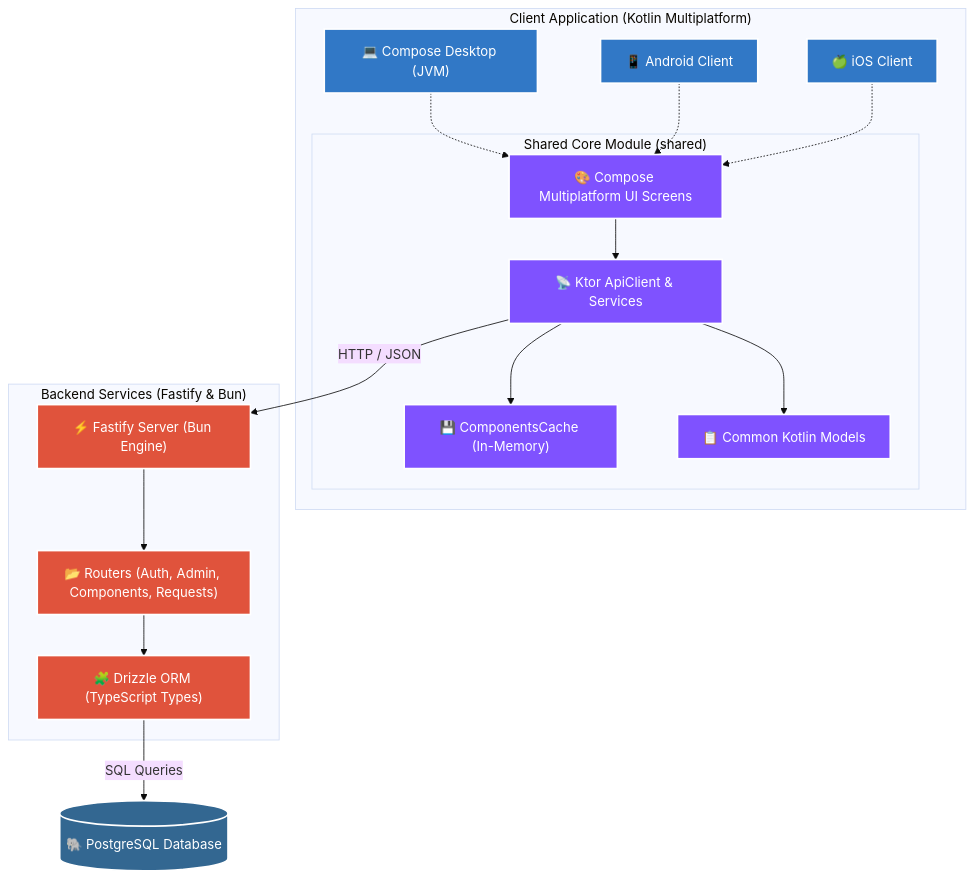
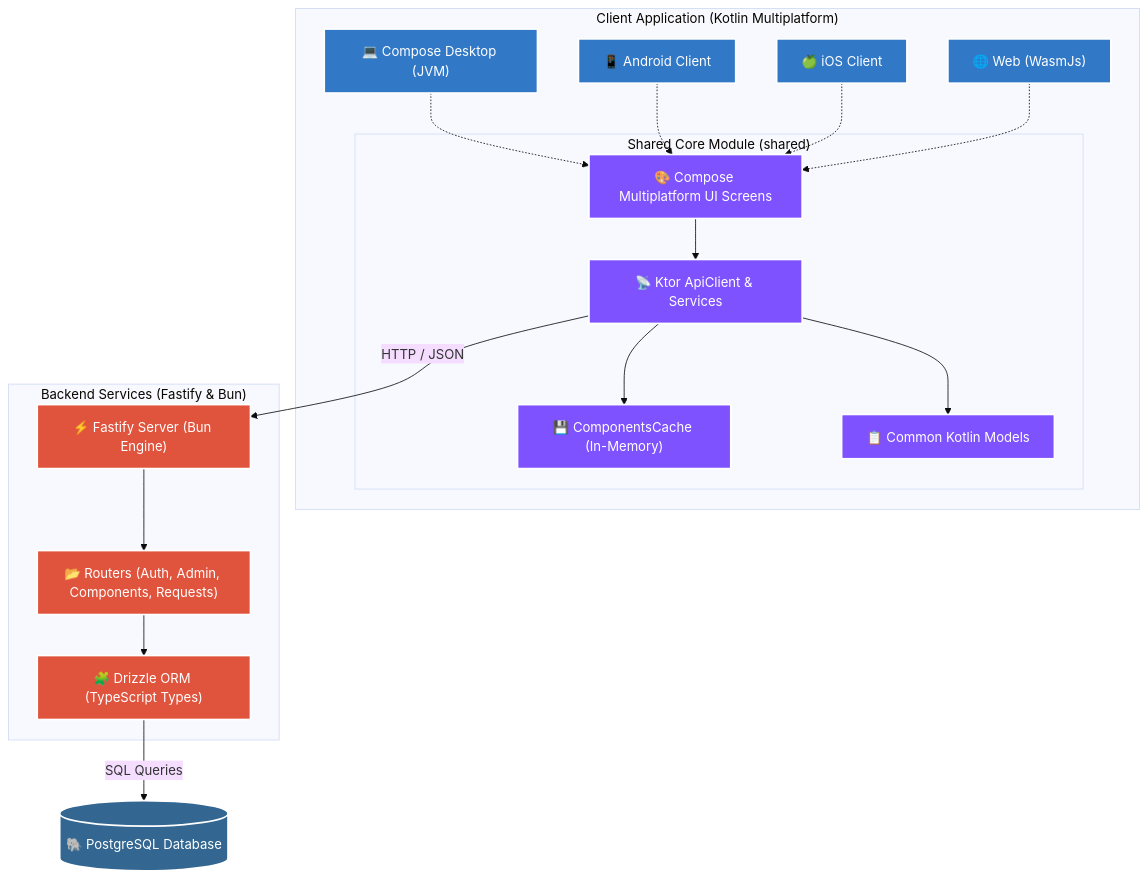
The first of 3 diagrams in README.md (sharifmdathar/iiitnr-inventory-app), drawn with Mermaid (base theme) before and after one commit. The commit also changed other lines of this file and 4 other files, not shown here.

````diff
--- a/README.md
+++ b/README.md
@@ -70,45 +78,46 @@
 ```mermaid
 graph TD
     %% Styling
     classDef shared fill:#7F52FF,stroke:#fff,stroke-width:2px,color:#fff;
     classDef backend fill:#E0533C,stroke:#fff,stroke-width:2px,color:#fff;
     classDef client fill:#3178C6,stroke:#fff,stroke-width:2px,color:#fff;
     classDef db fill:#336791,stroke:#fff,stroke-width:2px,color:#fff;
 
     %% Client Frontend Targets
     subgraph "Client Application (Kotlin Multiplatform)"
         Desktop["💻 Compose Desktop (JVM)"]:::client
         Android["📱 Android Client"]:::client
         iOS["🍏 iOS Client"]:::client
+        Web["🌐 Web (WasmJs)"]:::client
         
         %% Shared Core Module
         subgraph "Shared Core Module (shared)"
             UI["🎨 Compose Multiplatform UI Screens"]:::shared
             API["📡 Ktor ApiClient & Services"]:::shared
             Cache["💾 ComponentsCache (In-Memory)"]:::shared
             Models["📋 Common Kotlin Models"]:::shared
         end
     end
 
     %% Network Connection
-    Desktop & Android & iOS -.-> UI
+    Desktop & Android & iOS & Web -.-> UI
     UI --> API
     API --> Cache
     API --> Models
 
     %% Backend Engine
     subgraph "Backend Services (Fastify & Bun)"
         API_Gateway["⚡ Fastify Server (Bun Engine)"]:::backend
         Routes["📂 Routers (Auth, Admin, Components, Requests)"]:::backend
         Drizzle["🧩 Drizzle ORM (TypeScript Types)"]:::backend
     end
 
     API -- HTTP / JSON --> API_Gateway
     API_Gateway --> Routes
     Routes --> Drizzle
 
     %% Database
     Database[("🐘 PostgreSQL Database")]:::db
     Drizzle -- SQL Queries --> Database
 
 ```
````
